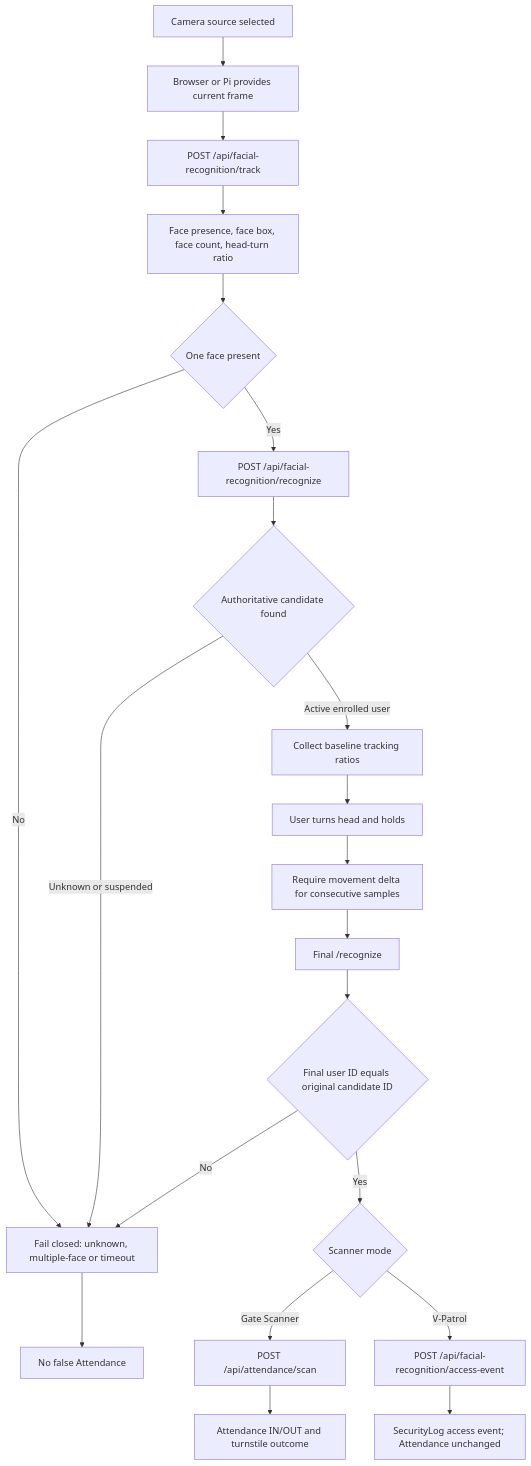
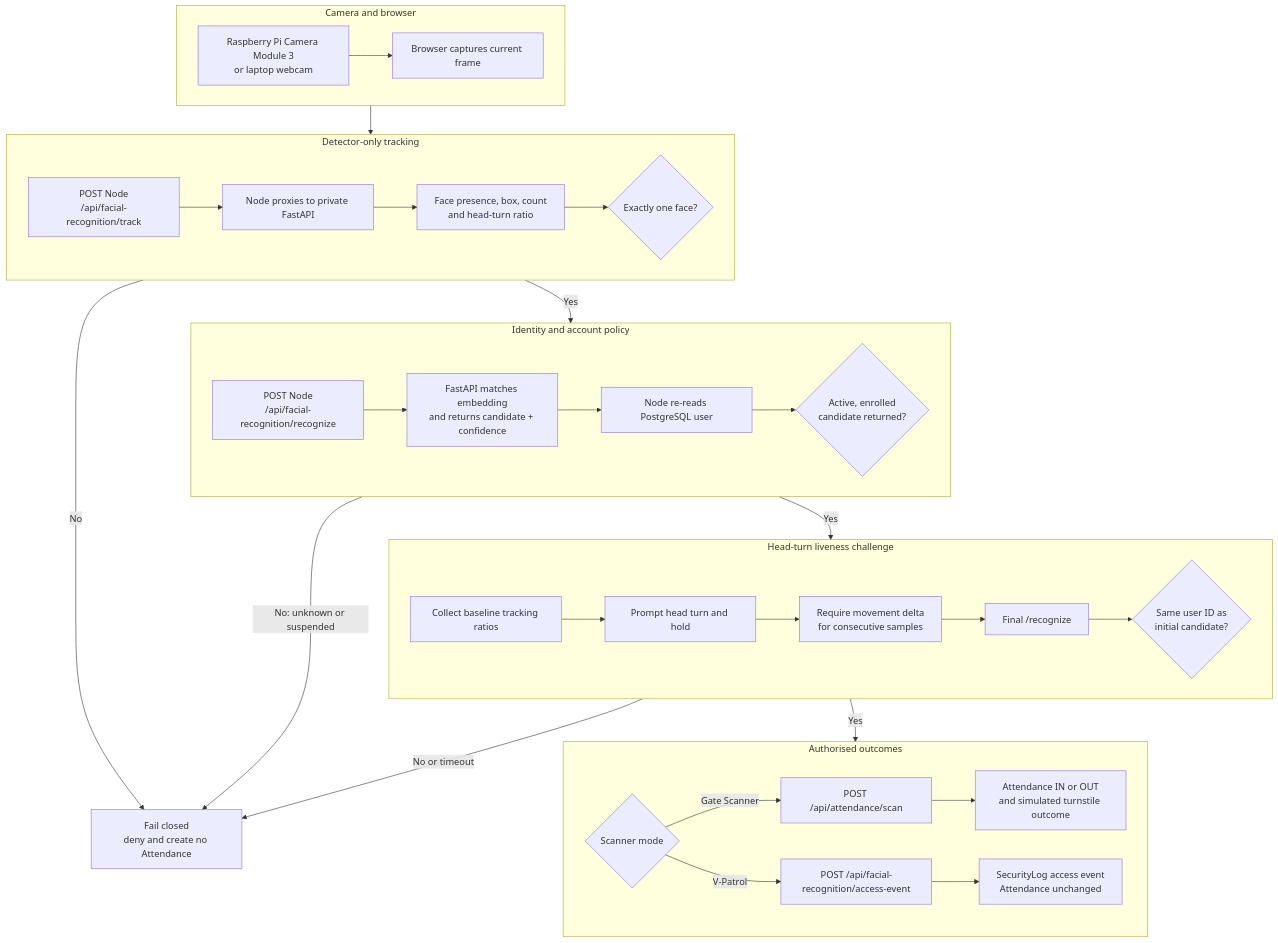
One commit to feliciatanxl/FlowGuard changed the first of 3 diagrams in design/md/facial-recognition-flow.md. Above: the diagram before and after it, drawn with Mermaid. The commit also changed other lines of this file and 26 other files, not shown here.

Commit message:
fix: finalize Incident Analytics lifecycle, redact JWT logs, refresh submission docs and diagrams, and remove unused Gemini manifests

````diff
--- a/design/md/facial-recognition-flow.md
+++ b/design/md/facial-recognition-flow.md
@@ -5,23 +5,46 @@
 ```mermaid
 flowchart TB
-  A[Camera source selected] --> B[Browser or Pi provides current frame]
-  B --> C[POST /api/facial-recognition/track]
-  C --> D[Face presence, face box, face count, head-turn ratio]
-  D --> E{One face present}
-  E -->|No| X[Fail closed: unknown, multiple-face or timeout]
-  E -->|Yes| F[POST /api/facial-recognition/recognize]
-  F --> G{Authoritative candidate found}
-  G -->|Unknown or suspended| X
-  G -->|Active enrolled user| H[Collect baseline tracking ratios]
-  H --> I[User turns head and holds]
-  I --> J[Require movement delta for consecutive samples]
-  J --> K[Final /recognize]
-  K --> L{Final user ID equals original candidate ID}
-  L -->|No| X
-  L -->|Yes| M{Scanner mode}
-  M -->|Gate Scanner| N[POST /api/attendance/scan]
-  N --> O[Attendance IN/OUT and turnstile outcome]
-  M -->|V-Patrol| P[POST /api/facial-recognition/access-event]
-  P --> Q[SecurityLog access event; Attendance unchanged]
-  X --> R[No false Attendance]
+  subgraph Capture[Camera and browser]
+    direction LR
+    A[Raspberry Pi Camera Module 3<br/>or laptop webcam] --> B[Browser captures current frame]
+  end
+
+  subgraph Track[Detector-only tracking]
+    direction LR
+    B --> C[POST Node<br/>/api/facial-recognition/track]
+    C --> D[Node proxies to private FastAPI]
+    D --> E[Face presence, box, count<br/>and head-turn ratio]
+    E --> F{Exactly one face?}
+  end
+
+  F -->|No| X[Fail closed<br/>deny and create no Attendance]
+  F -->|Yes| G[POST Node<br/>/api/facial-recognition/recognize]
+
+  subgraph Identity[Identity and account policy]
+    direction LR
+    G --> H[FastAPI matches embedding<br/>and returns candidate + confidence]
+    H --> I[Node re-reads PostgreSQL user]
+    I --> J{Active, enrolled<br/>candidate returned?}
+  end
+
+  J -->|No: unknown or suspended| X
+  J -->|Yes| K[Collect baseline tracking ratios]
+
+  subgraph Liveness[Head-turn liveness challenge]
+    direction LR
+    K --> L[Prompt head turn and hold]
+    L --> M[Require movement delta<br/>for consecutive samples]
+    M --> N[Final /recognize]
+    N --> O{Same user ID as<br/>initial candidate?}
+  end
+
+  O -->|No or timeout| X
+  O -->|Yes| P{Scanner mode}
+  subgraph Outcomes[Authorised outcomes]
+    direction LR
+    P -->|Gate Scanner| Q[POST /api/attendance/scan]
+    Q --> R[Attendance IN or OUT<br/>and simulated turnstile outcome]
+    P -->|V-Patrol| S[POST /api/facial-recognition/access-event]
+    S --> T[SecurityLog access event<br/>Attendance unchanged]
+  end
 ```
````
